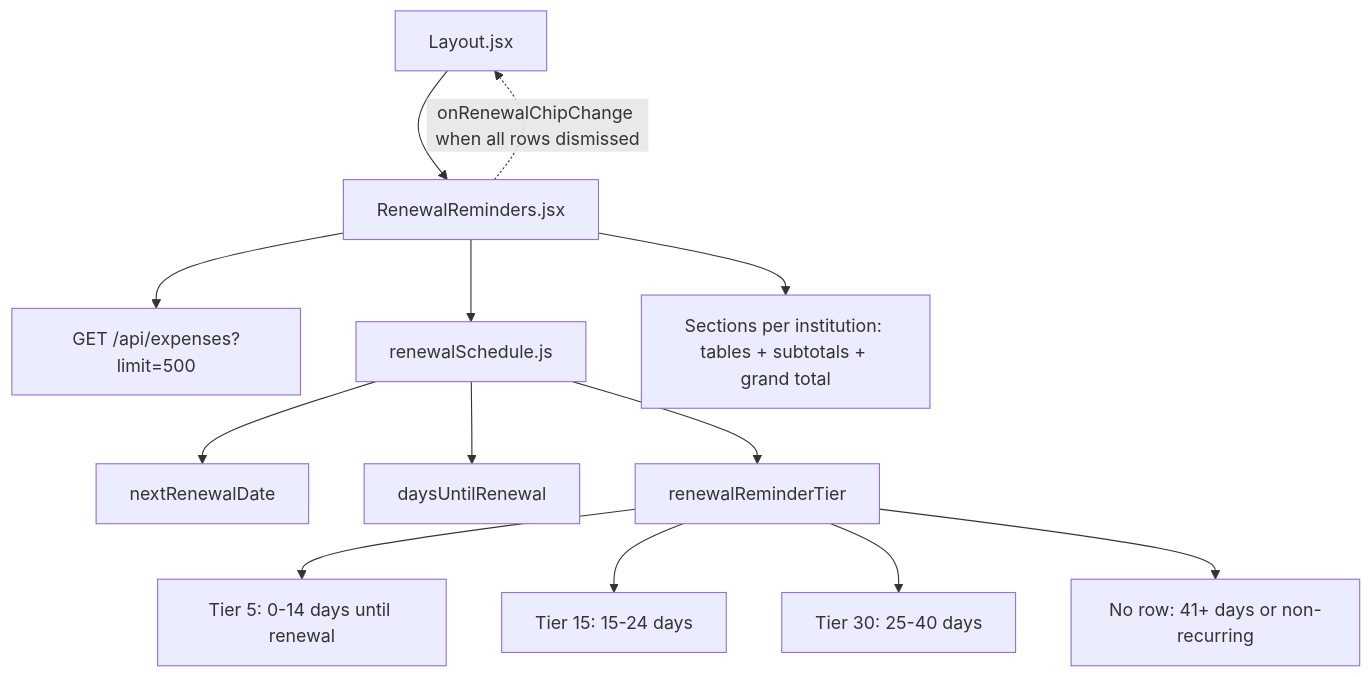
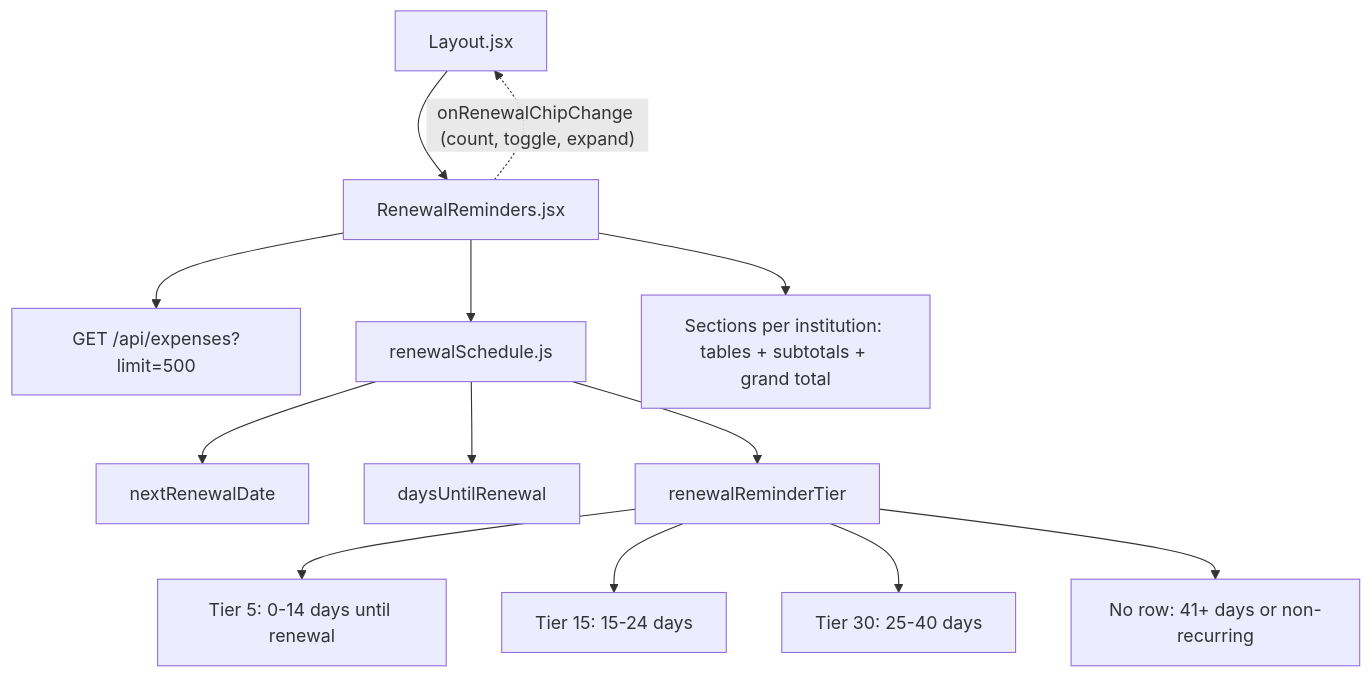
One commit to becomeonewiththecode/expense_tracker changed the eighth of 11 diagrams in docs/ARCHITECTURE_DIAGRAM.md. Above: the diagram before and after it, drawn with Mermaid. The commit also changed other lines of this file and 10 other files, not shown here.

````diff
--- a/docs/ARCHITECTURE_DIAGRAM.md
+++ b/docs/ARCHITECTURE_DIAGRAM.md
@@ -256,19 +257,19 @@
 ```mermaid
 flowchart TD
   L[Layout.jsx]
   RR[RenewalReminders.jsx]
   API["GET /api/expenses?limit=500"]
   RS[renewalSchedule.js]
   L --> RR
   RR --> API
   RR --> RS
   RS --> N[nextRenewalDate]
   RS --> D[daysUntilRenewal]
   RS --> T[renewalReminderTier]
   T --> B1["Tier 5: 0-14 days until renewal"]
   T --> B2["Tier 15: 15-24 days"]
   T --> B3["Tier 30: 25-40 days"]
   T --> X[No row: 41+ days or non-recurring]
   RR --> TAB["Sections per institution: tables + subtotals + grand total"]
-  RR -.->|"onRenewalChipChange when all rows dismissed"| L
+  RR -.->|"onRenewalChipChange (count, toggle, expand)"| L
 ```
````
